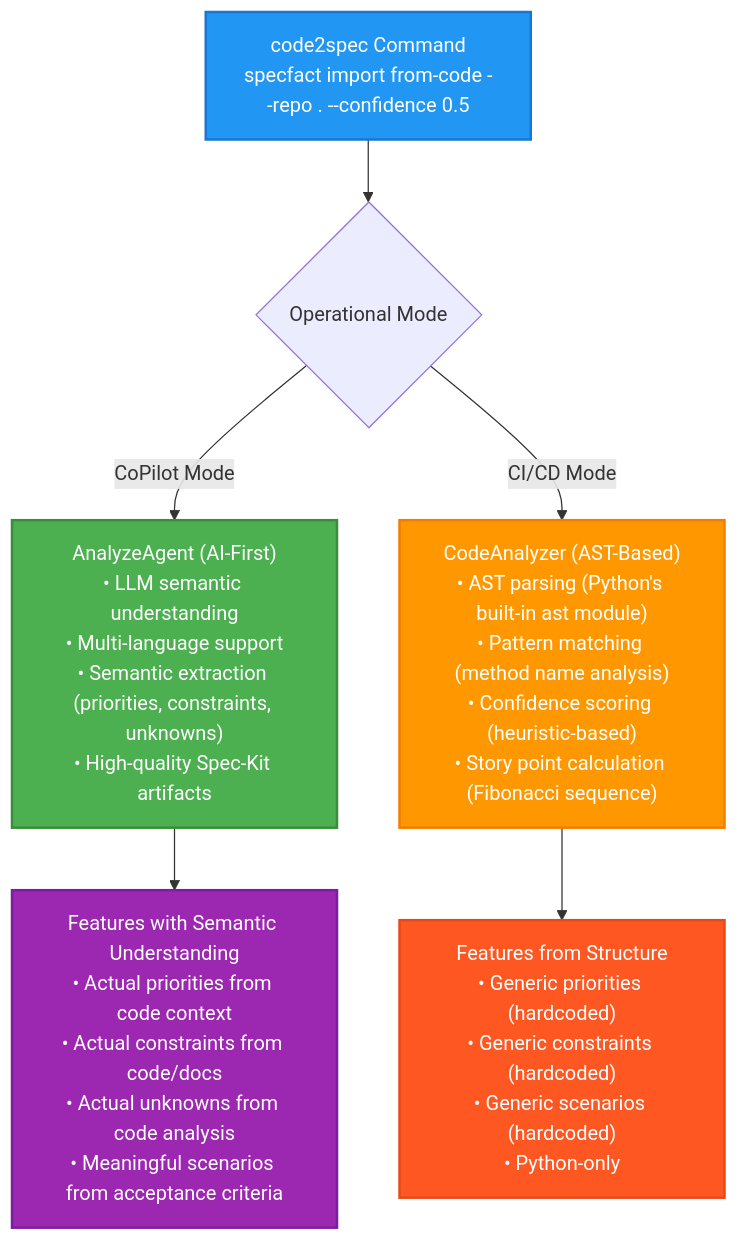
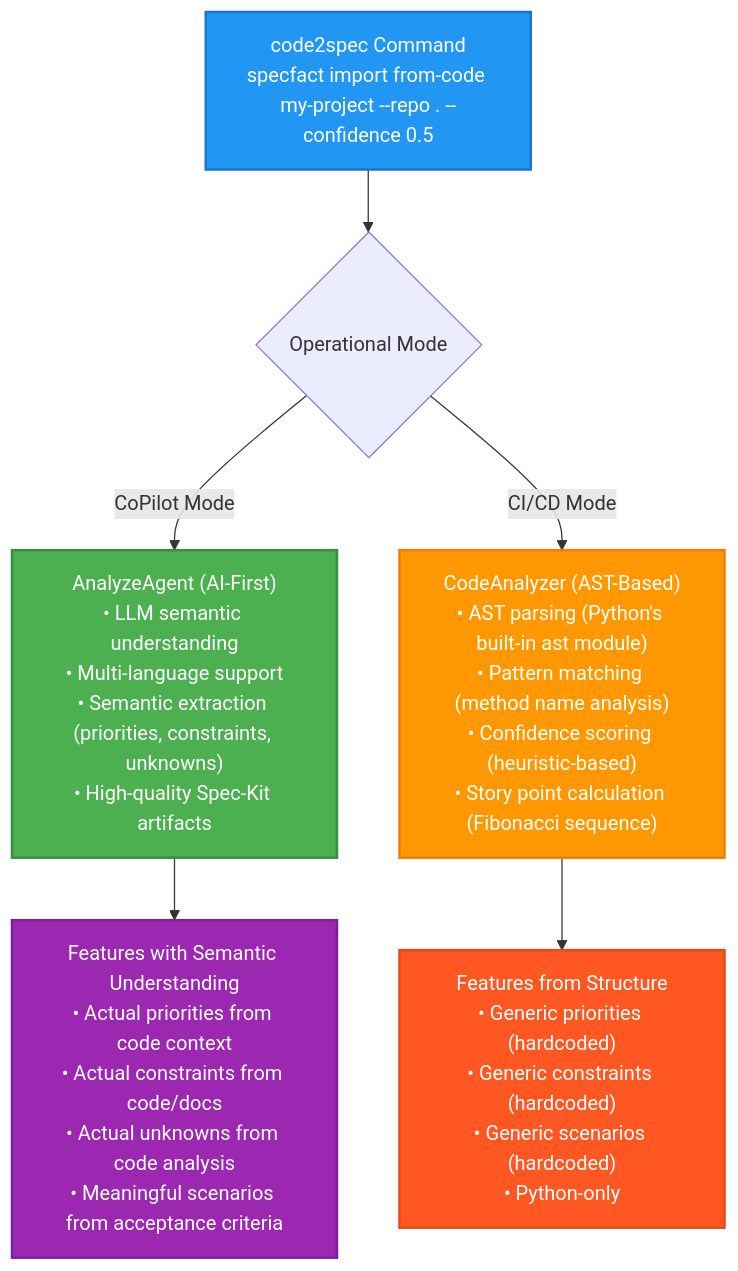
The diagram in docs/technical/code2spec-analysis-logic.md (nold-ai/specfact-cli), drawn with Mermaid before and after one commit. The commit also changed other lines of this file and 40 other files, not shown here.

````diff
--- a/docs/technical/code2spec-analysis-logic.md
+++ b/docs/technical/code2spec-analysis-logic.md
@@ -62,18 +62,18 @@
 ```mermaid
 flowchart TD
-    A["code2spec Command<br/>specfact import from-code --repo . --confidence 0.5"] --> B{Operational Mode}
+    A["code2spec Command<br/>specfact import from-code my-project --repo . --confidence 0.5"] --> B{Operational Mode}
     
     B -->|CoPilot Mode| C["AnalyzeAgent (AI-First)<br/>• LLM semantic understanding<br/>• Multi-language support<br/>• Semantic extraction (priorities, constraints, unknowns)<br/>• High-quality Spec-Kit artifacts"]
     
     B -->|CI/CD Mode| D["CodeAnalyzer (AST-Based)<br/>• AST parsing (Python's built-in ast module)<br/>• Pattern matching (method name analysis)<br/>• Confidence scoring (heuristic-based)<br/>• Story point calculation (Fibonacci sequence)"]
     
     C --> E["Features with Semantic Understanding<br/>• Actual priorities from code context<br/>• Actual constraints from code/docs<br/>• Actual unknowns from code analysis<br/>• Meaningful scenarios from acceptance criteria"]
     
     D --> F["Features from Structure<br/>• Generic priorities (hardcoded)<br/>• Generic constraints (hardcoded)<br/>• Generic scenarios (hardcoded)<br/>• Python-only"]
     
     style A fill:#2196F3,stroke:#1976D2,stroke-width:2px,color:#fff
     style C fill:#4CAF50,stroke:#388E3C,stroke-width:2px,color:#fff
     style D fill:#FF9800,stroke:#F57C00,stroke-width:2px,color:#fff
     style E fill:#9C27B0,stroke:#7B1FA2,stroke-width:2px,color:#fff
     style F fill:#FF5722,stroke:#E64A19,stroke-width:2px,color:#fff
 ```
````
